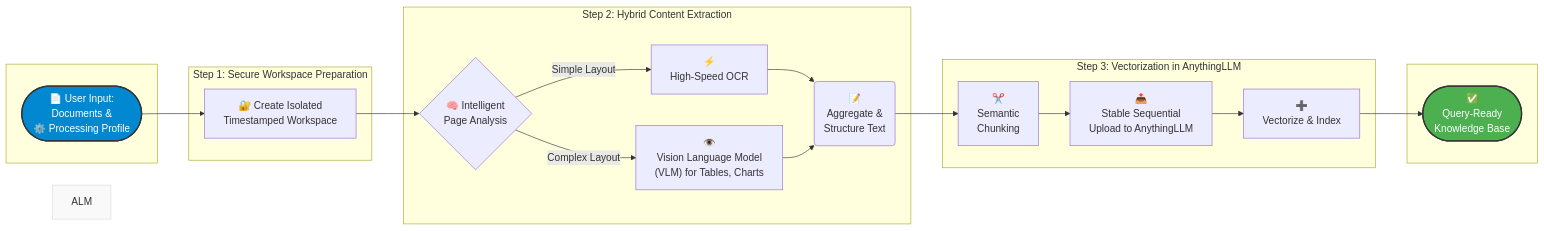
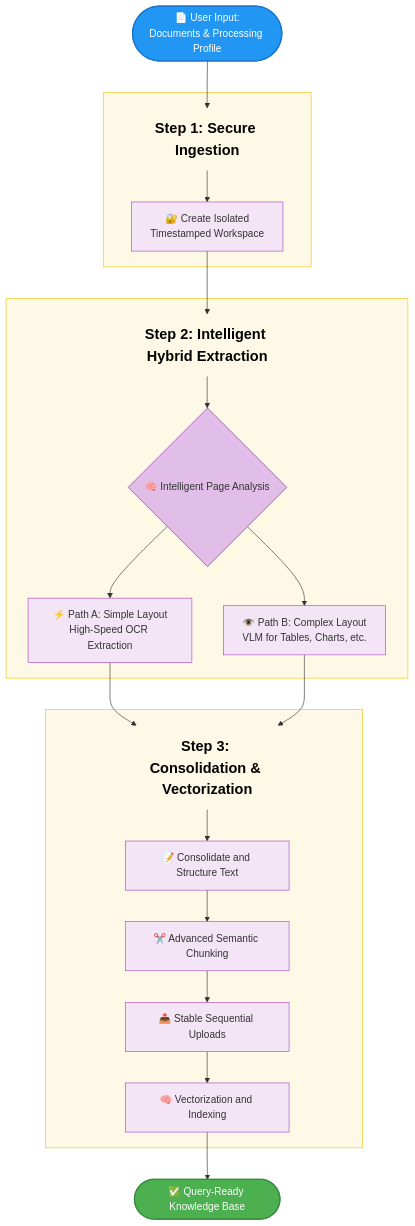
One commit to alanto0923/production-rag-gradio changed the first of 2 diagrams in README.md. Above: the diagram before and after it, drawn with Mermaid.

````diff
--- a/README.md
+++ b/README.md
@@ -36,37 +36,56 @@
 ```mermaid
-%% Phase 1: Enterprise RAG - Ingestion Pipeline (Refined)
-graph LR
-    style Start fill:#0288d1,color:#fff,stroke:#333,stroke-width:2px
-    style KB fill:#4caf50,color:#fff,stroke:#333,stroke-width:2px
-    style ALM fill:#f5f5f5,stroke:#333,stroke-width:1px
+graph TD
 
-    subgraph " "
-        Start(["📄 User Input:<br>Documents &<br>⚙️ Processing Profile"])
+    %% --- Style Definitions ---
+    classDef header fill:none,color:#000,stroke:none,font-weight:bold,font-size:23px
+    classDef step fill:#f3e5f5,color:#333,stroke:#ab47bc,stroke-width:1px
+    classDef diamond fill:#e1bee7,color:#333,stroke:#8e24aa,stroke-width:1px
+    classDef start fill:#2196f3,color:#fff,stroke:#1976d2,stroke-width:2px
+    classDef kb fill:#4caf50,color:#fff,stroke:#388e3c,stroke-width:2px
+
+    %% --- Chart Definition ---
+    UserInput([📄 User Input:<br>Documents & Processing Profile]):::start
+
+    subgraph subgraph1 [ ]
+        style subgraph1 fill:#fef9e7,stroke:#f1c40f
+        S1_Title[Step 1: Secure Ingestion]:::header
+        S1_Action[🔐 Create Isolated<br>Timestamped Workspace]:::step
     end
 
-    subgraph "Step 1: Secure Workspace Preparation"
-        A["🔐 Create Isolated<br>Timestamped Workspace"]
+    subgraph subgraph2 [ ]
+        style subgraph2 fill:#fef9e7,stroke:#f1c40f
+        S2_Title[Step 2: Intelligent Hybrid Extraction]:::header
+        S2_Decision{🧠 Intelligent Page Analysis}:::diamond
+        S2_PathA[⚡ Path A: Simple Layout<br>High-Speed OCR Extraction]:::step
+        S2_PathB[👁️ Path B: Complex Layout<br>VLM for Tables, Charts, etc.]:::step
     end
 
-    subgraph "Step 2: Hybrid Content Extraction"
-        B{"🧠 Intelligent<br>Page Analysis"}
-        B -- "Simple Layout" --> C["⚡<br>High-Speed OCR"]
-        B -- "Complex Layout" --> D["👁️<br>Vision Language Model<br>(VLM) for Tables, Charts"]
-        C --> E(📝<br>Aggregate &<br>Structure Text)
-        D --> E
+    subgraph subgraph3 [ ]
+        style subgraph3 fill:#fef9e7,stroke:#f1c40f
+        S3_Title[Step 3: Consolidation & Vectorization]:::header
+        S3_Action1[📝 Consolidate and Structure Text]:::step
+        S3_Action2[✂️ Advanced Semantic Chunking]:::step
+        S3_Action3[📤 Stable Sequential Uploads]:::step
+        S3_Action4[🧠 Vectorization and Indexing]:::step
     end
 
-    subgraph "Step 3: Vectorization in AnythingLLM"
-        style ALM fill:#f9f9f9,stroke:#ddd
-        E --> F["✂️<br>Semantic<br>Chunking"]
-        F --> G["📤<br>Stable Sequential<br>Upload to AnythingLLM"]
-        G --> H["➕<br>Vectorize & Index"]
-    end
+    KnowledgeBase([✅ Query-Ready Knowledge Base]):::kb
 
-    subgraph " "
-        H --> KB(["✅<br>Query-Ready<br>Knowledge Base"])
-    end
+    %% --- Explicit Connections ---
+    UserInput --> S1_Title
+    S1_Title --> S1_Action
+    S1_Action --> S2_Title
 
-    %% Define the flow
-    Start --> A --> B
+    S2_Title --> S2_Decision
+    S2_Decision --> S2_PathA
+    S2_Decision --> S2_PathB
+
+    S2_PathA --> S3_Title
+    S2_PathB --> S3_Title
+
+    S3_Title --> S3_Action1
+    S3_Action1 --> S3_Action2
+    S3_Action2 --> S3_Action3
+    S3_Action3 --> S3_Action4
+    S3_Action4 --> KnowledgeBase
 ```
````
